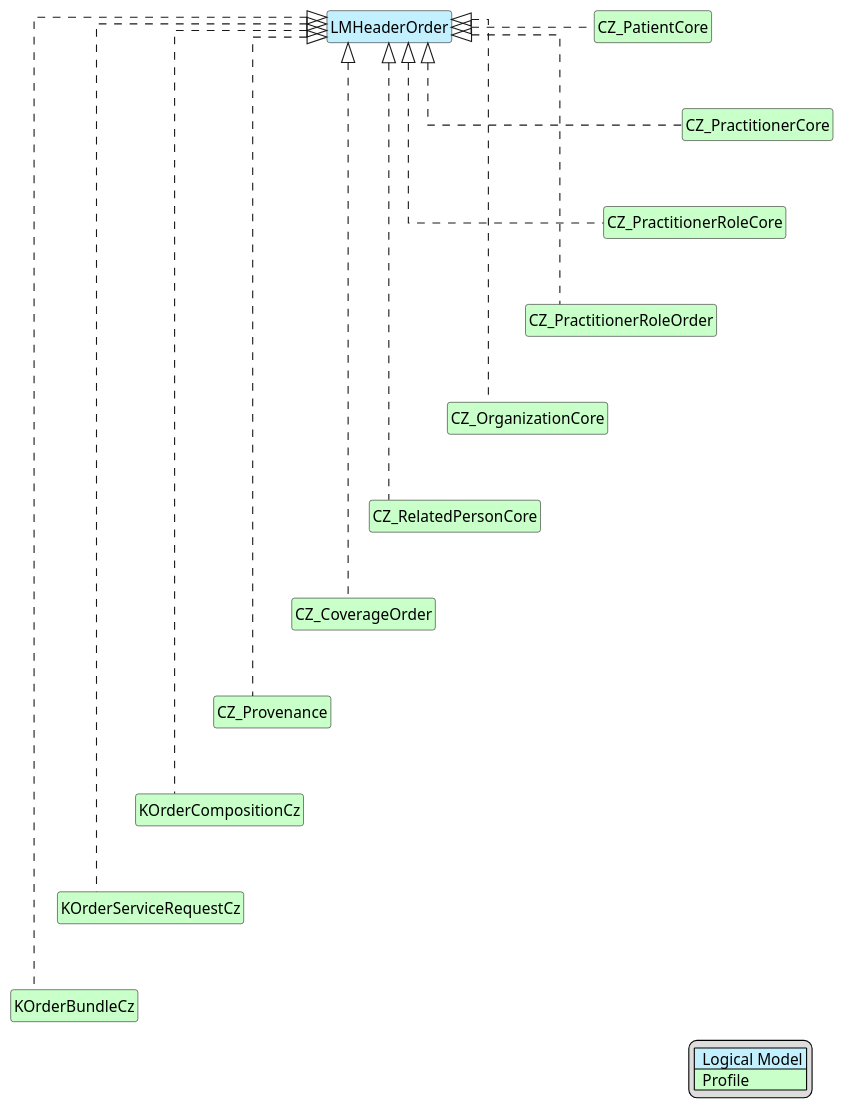
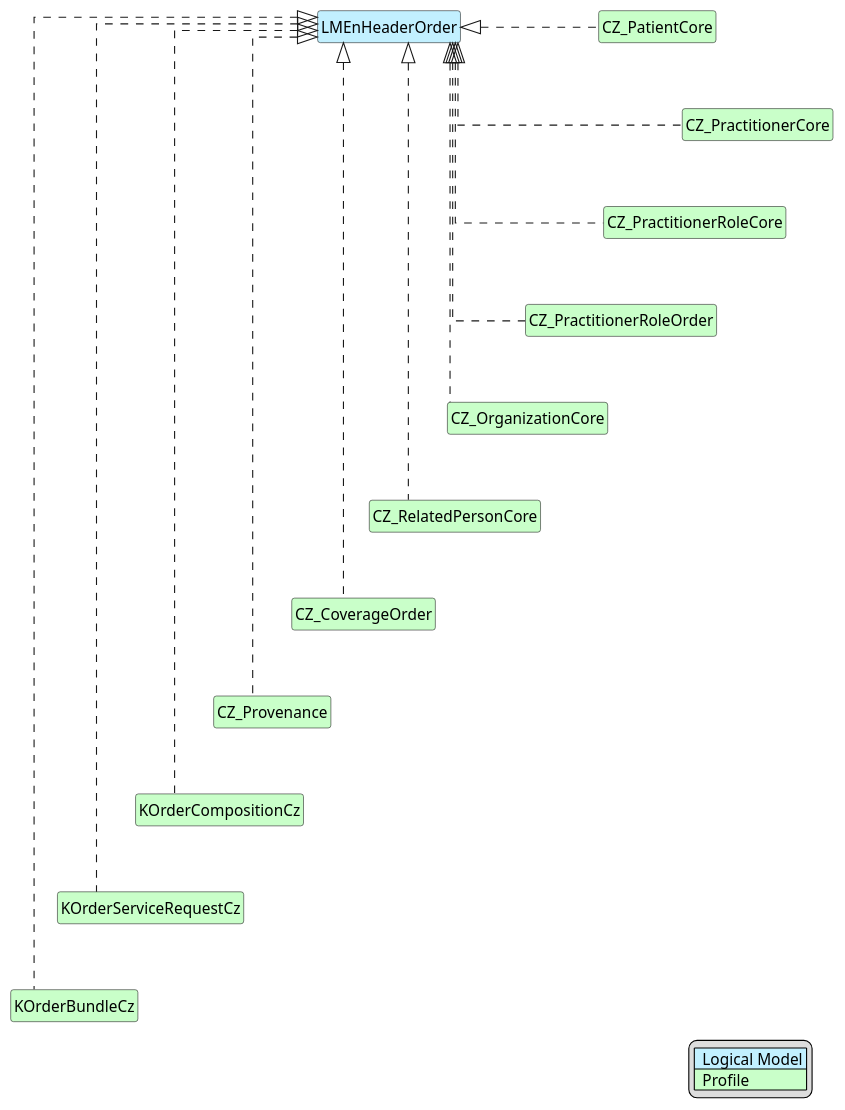
The diagram in input/images-source/K-Header-map.plantuml (HL7-cz/k-order), drawn with PlantUML before and after one commit. The commit also changed 52 other files, not shown here.

Commit message:
Fix logical model and mapping

```diff
--- a/input/images-source/K-Header-map.plantuml
+++ b/input/images-source/K-Header-map.plantuml
@@ -1,49 +1,49 @@
 @startuml
 ' Generated by scripts/sync-header-mapping.py
 hide circle
 hide stereotype
 hide members
 hide methods
 skinparam linetype ortho
 skinparam class {
 BackgroundColor<<LogicalModel>> #APPLICATION
 BackgroundColor<<Profile>> #TECHNOLOGY
 }
 legend right
 | <#APPLICATION>  Logical Model |
 | <#TECHNOLOGY>  Profile |
 endlegend
-class "LMHeaderOrder" as Header <<LogicalModel>> [[StructureDefinition-LMHeaderOrder.html]]
+class "LMEnHeaderOrder" as Header <<LogicalModel>> [[StructureDefinition-LMEnHeaderOrder.html]]
 class "CZ_PatientCore" as Target0 <<Profile>> [[https://hl7.cz/fhir/core/StructureDefinition-cz-patient-core.html]]
 Header <|. Target0
 class "CZ_PractitionerCore" as Target1 <<Profile>> [[https://hl7.cz/fhir/core/StructureDefinition-cz-practitioner-core.html]]
 Header <|. Target1
 Target0 -d[hidden]-> Target1
 class "CZ_PractitionerRoleCore" as Target2 <<Profile>> [[https://hl7.cz/fhir/core/StructureDefinition-cz-practitionerrole-core.html]]
 Header <|. Target2
 Target1 -d[hidden]-> Target2
 class "CZ_PractitionerRoleOrder" as Target3 <<Profile>> [[https://hl7.cz/fhir/core/StructureDefinition-practitionerrole-cz-order.html]]
 Header <|. Target3
 Target2 -d[hidden]-> Target3
 class "CZ_OrganizationCore" as Target4 <<Profile>> [[https://hl7.cz/fhir/core/StructureDefinition-cz-organization-core.html]]
 Header <|. Target4
 Target3 -d[hidden]-> Target4
 class "CZ_RelatedPersonCore" as Target5 <<Profile>> [[https://hl7.cz/fhir/core/StructureDefinition-cz-relatedPerson-core.html]]
 Header <|. Target5
 Target4 -d[hidden]-> Target5
 class "CZ_CoverageOrder" as Target6 <<Profile>> [[StructureDefinition-cz-coverage-order.html]]
 Header <|. Target6
 Target5 -d[hidden]-> Target6
 class "CZ_Provenance" as Target7 <<Profile>> [[https://hl7.cz/fhir/core/StructureDefinition-cz-provenance.html]]
 Header <|. Target7
 Target6 -d[hidden]-> Target7
 class "KOrderCompositionCz" as Target8 <<Profile>> [[StructureDefinition-k-order-composition-cz.html]]
 Header <|. Target8
 Target7 -d[hidden]-> Target8
 class "KOrderServiceRequestCz" as Target9 <<Profile>> [[StructureDefinition-KOrderServiceRequestCz.html]]
 Header <|. Target9
 Target8 -d[hidden]-> Target9
 class "KOrderBundleCz" as Target10 <<Profile>> [[StructureDefinition-KOrderBundleCz.html]]
 Header <|. Target10
 Target9 -d[hidden]-> Target10
 @enduml
```
